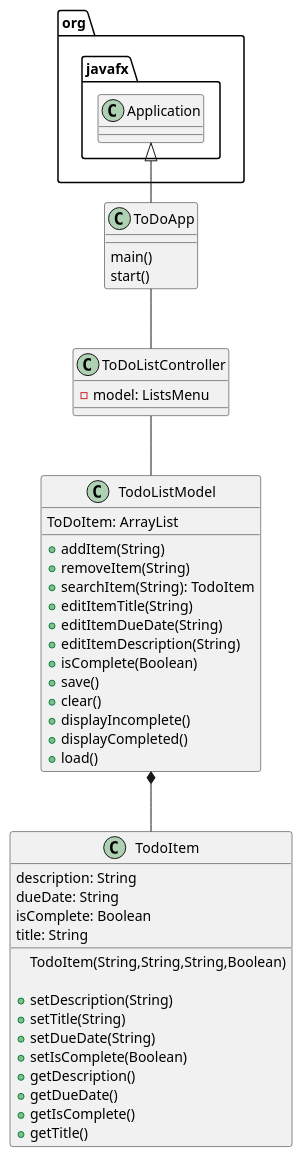
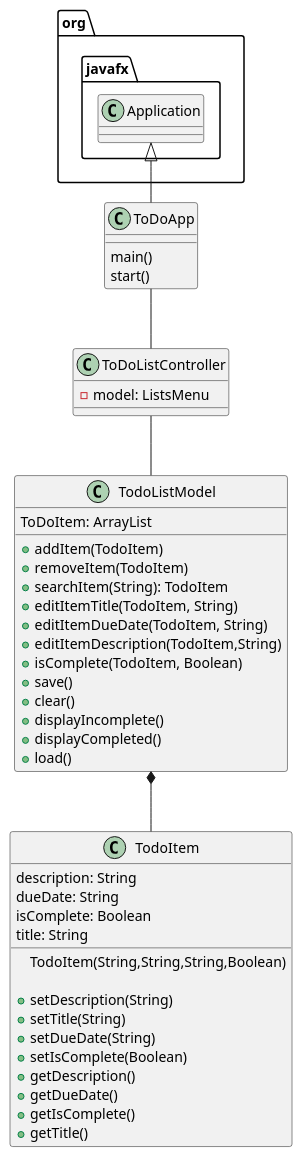
The diagram in uml/ToDoList.puml (dangh2809/dang-cop3330-assignment4part2), drawn with PlantUML before and after one commit. The commit also changed 9 other files, not shown here.

```diff
--- a/uml/ToDoList.puml
+++ b/uml/ToDoList.puml
@@ -1,52 +1,52 @@
 @startuml
 'https://plantuml.com/class-diagram
 class ToDoApp{
     main()
     start()
 }
 class ToDoListController{
     -model: ListsMenu
 
     'GUI event handlers
 }
 
 class TodoListModel{
     ToDoItem: ArrayList
 
-    +addItem(String)
-    +removeItem(String)
+    +addItem(TodoItem)
+    +removeItem(TodoItem)
     +searchItem(String): TodoItem
-    +editItemTitle(String)
-    +editItemDueDate(String)
-    +editItemDescription(String)
-    +isComplete(Boolean)
+    +editItemTitle(TodoItem, String)
+    +editItemDueDate(TodoItem, String)
+    +editItemDescription(TodoItem,String)
+    +isComplete(TodoItem, Boolean)
     +save()
     +clear()
     +displayIncomplete()
     +displayCompleted()
     +load()
 }
 class TodoItem{
     description: String
     dueDate: String
     isComplete: Boolean
     title: String
 
     TodoItem(String,String,String,Boolean)
 
     +setDescription(String)
     +setTitle(String)
     +setDueDate(String)
     +setIsComplete(Boolean)
     +getDescription()
     +getDueDate()
     +getIsComplete()
     +getTitle()
 
 }
 
 org.javafx.Application <|-- ToDoApp
 ToDoApp -- ToDoListController
 ToDoListController -- TodoListModel
 TodoListModel *-- TodoItem
 @enduml
```
